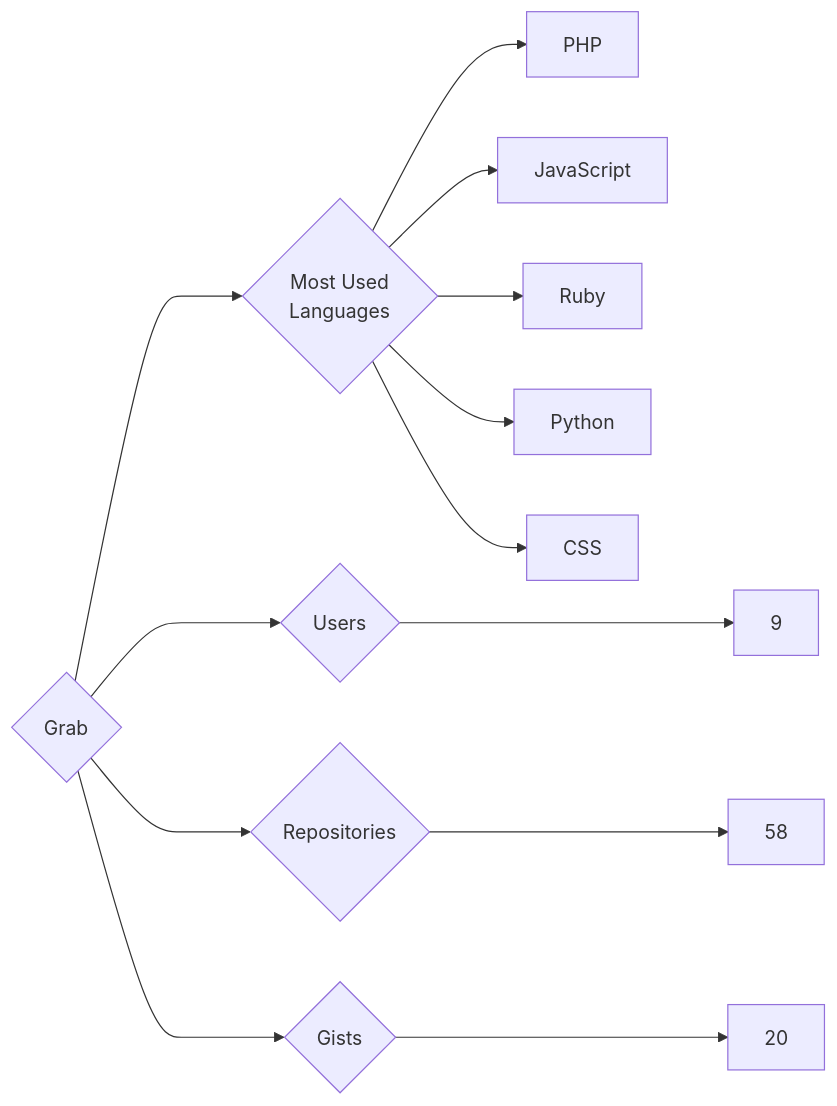
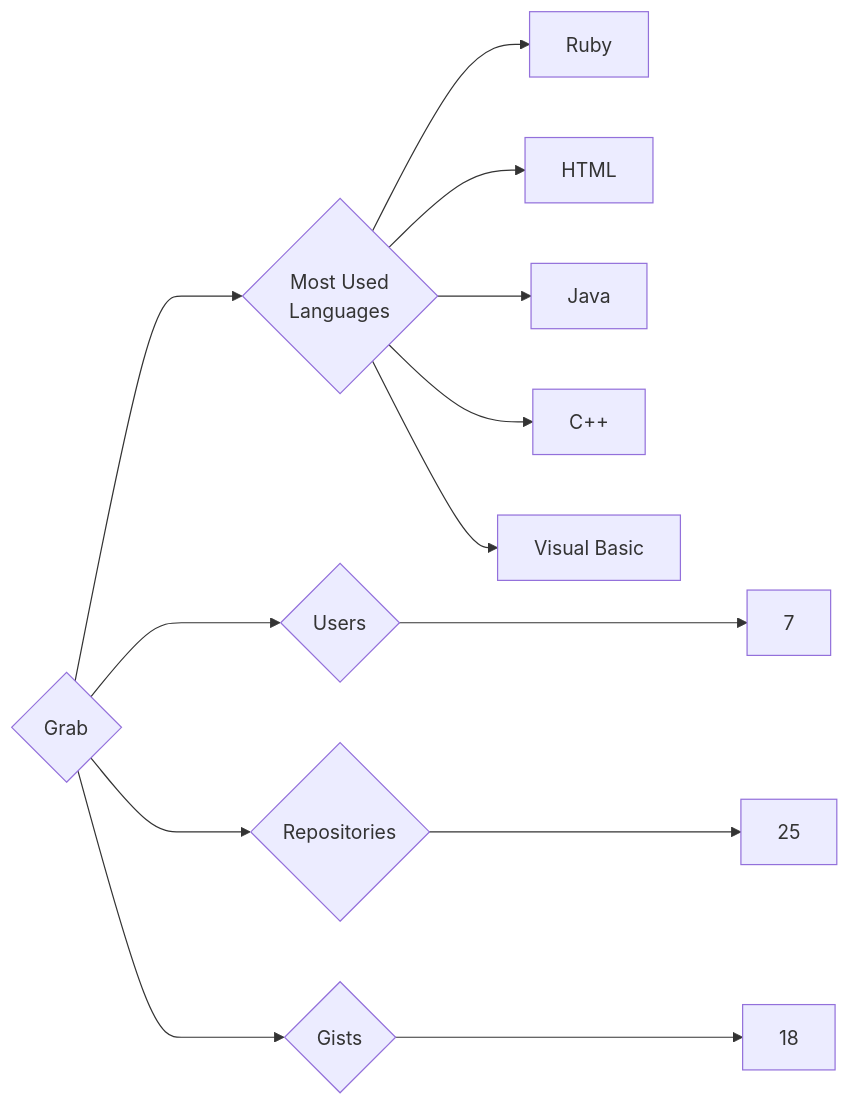
Before and after one commit to trickest/insiders: the diagram in targets/Grab/README.md, drawn with Mermaid. The commit also changed 757 other files, not shown here.

````diff
--- a/targets/Grab/README.md
+++ b/targets/Grab/README.md
@@ -3,13 +3,13 @@
 ```mermaid
 graph LR
 COMPANY_NAME{Grab}
-COMPANY_NAME ---> U{Users} ---> UN[9]
-COMPANY_NAME ---> R{Repositories} ---> RN[58]
-COMPANY_NAME ---> G{Gists} ---> GN[20]
+COMPANY_NAME ---> U{Users} ---> UN[7]
+COMPANY_NAME ---> R{Repositories} ---> RN[25]
+COMPANY_NAME ---> G{Gists} ---> GN[18]
 COMPANY_NAME ---> ML{Most Used<br>Languages}
-ML --> PHP[PHP]
-ML --> JavaScript[JavaScript]
 ML --> Ruby[Ruby]
-ML --> Python[Python]
-ML --> CSS[CSS]
+ML --> HTML[HTML]
+ML --> Java[Java]
+ML --> C++[C++]
+ML --> Visual_Basic[Visual Basic]
 ```
````
